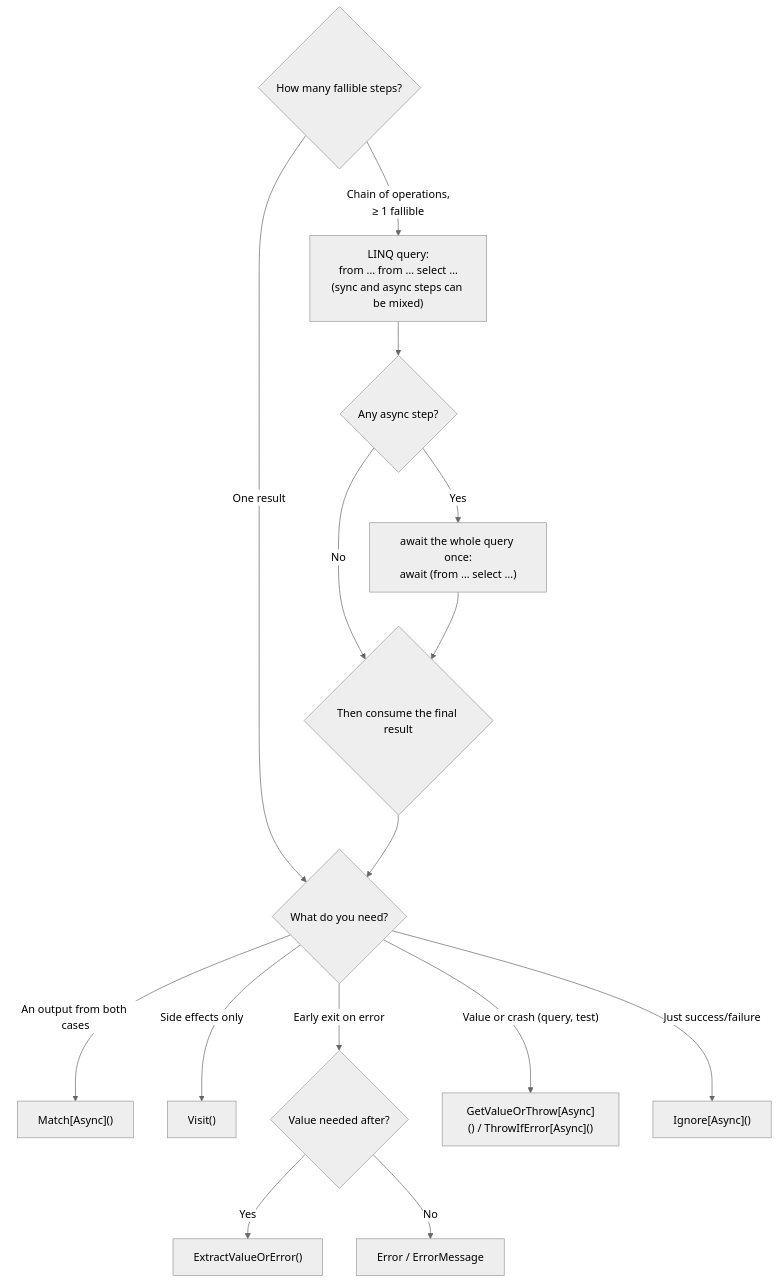
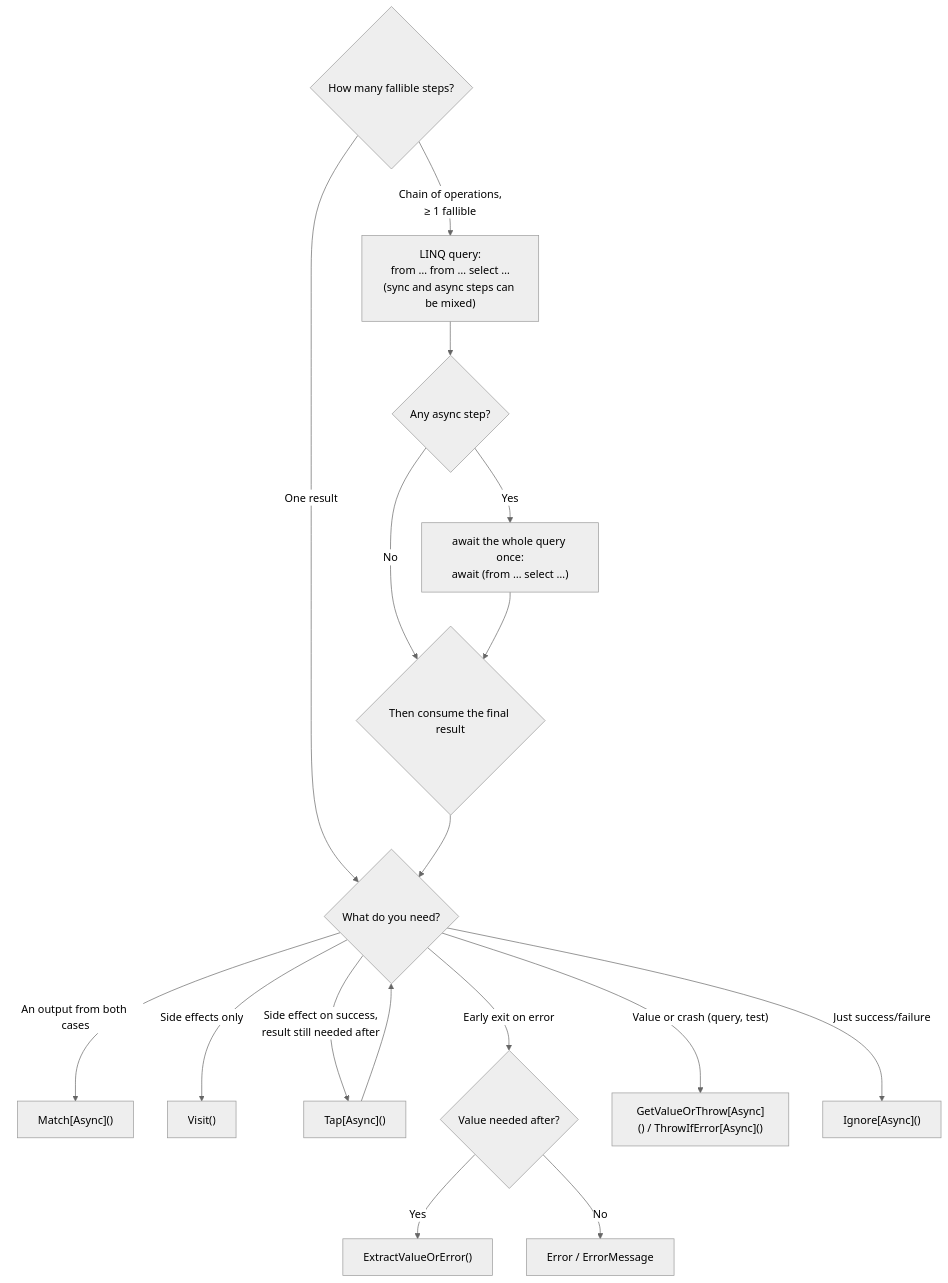
The diagram in hashnode/csharp-result-type.md (rdeneau/articles), drawn with Mermaid (neutral theme) before and after one commit. The commit also changed other lines of this file and 2 other files, not shown here.

Commit message:
feat(Result): ✨ add Tap section

````diff
--- a/hashnode/csharp-result-type.md
+++ b/hashnode/csharp-result-type.md
@@ -317,19 +369,21 @@
 ```mermaid
 flowchart TD
     A{How many fallible steps?} -->|One result| B{What do you need?}
     A -->|"Chain of operations,<br/>≥ 1 fallible"| Q["LINQ query:<br/>from … from … select …<br/>(sync and async steps can be mixed)"]
 
     B -->|An output from both cases| M["Match[Async]()"]
     B -->|Side effects only| V["Visit()"]
+    B -->|"Side effect on success,<br/>result still needed after"| K["Tap[Async]()"]
+    K --> B
     B -->|Early exit on error| E{Value needed after?}
     E -->|Yes| T["ExtractValueOrError()"]
     E -->|No| P["Error / ErrorMessage"]
     B -->|"Value or crash (query, test)"| G["GetValueOrThrow[Async]() / ThrowIfError[Async]()"]
     B -->|Just success/failure| I["Ignore[Async]()"]
 
     Q --> S{Any async step?}
     S -->|Yes| W["await the whole query once:<br/>await (from … select …)"]
     S -->|No| D
     W --> D{Then consume the final result}
     D --> B
 ```
````
